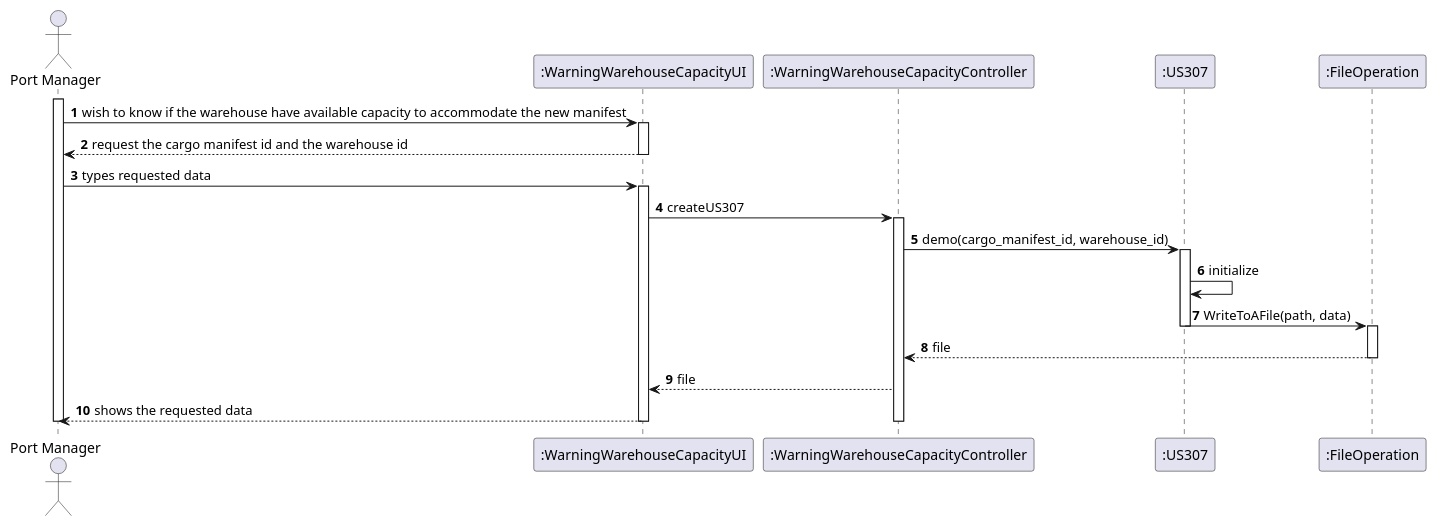
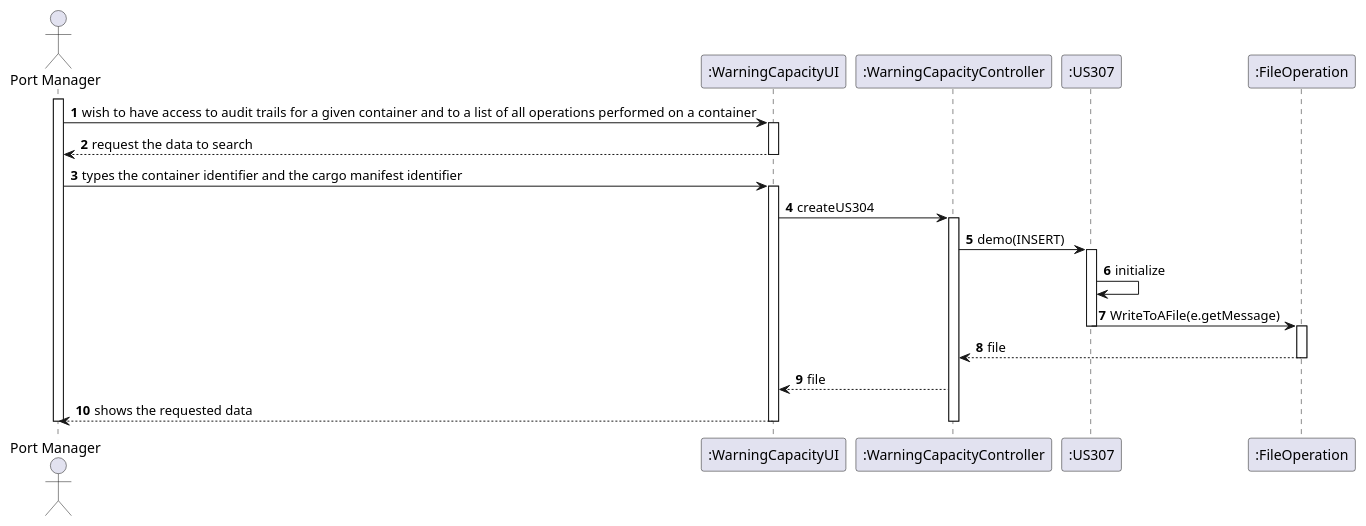
The diagram in Documentation/Sprint3/Requirements_Engineering/US307/US307_SD.puml (Pedromaia26/LAPR3-ISEP), drawn with PlantUML before and after one commit. The commit also changed 3 other files, not shown here.

```diff
--- a/Documentation/Sprint3/Requirements_Engineering/US307/US307_SD.puml
+++ b/Documentation/Sprint3/Requirements_Engineering/US307/US307_SD.puml
@@ -1,53 +1,53 @@
 @startuml
 actor "Port Manager" as Adm
-participant ":WarningWarehouseCapacityUI" as System
-participant ":WarningWarehouseCapacityController" as SSC
+participant ":WarningCapacityUI" as System
+participant ":WarningCapacityController" as SSC
 participant ":US307" as us
 participant ":FileOperation" as f
 
 autonumber
 
 activate Adm
 
-Adm -> System: wish to know if the warehouse have available capacity to accommodate the new manifest
+Adm -> System: wish to  have access to audit trails for a given container and to a list of all operations performed on a container
 
 activate System
 
-System --> Adm: request the cargo manifest id and the warehouse id
+System --> Adm: request the data to search
 
 deactivate System
 
-Adm -> System: types requested data
+Adm -> System: types the container identifier and the cargo manifest identifier
 
 activate System
 
-System -> SSC: createUS307
+System -> SSC: createUS304
 
 activate SSC
 
-SSC -> us: demo(cargo_manifest_id, warehouse_id)
+SSC -> us: demo(INSERT)
 
 activate us
 
 us -> us: initialize
 
-us -> f: WriteToAFile(path, data)
+us -> f: WriteToAFile(e.getMessage)
 
 deactivate us
 
 activate f
 
 f --> SSC: file
 
 deactivate f
 
 SSC --> System: file
 
 System --> Adm: shows the requested data
 
 deactivate SSC
 
 deactivate System
 
 deactivate Adm
 @enduml
```
